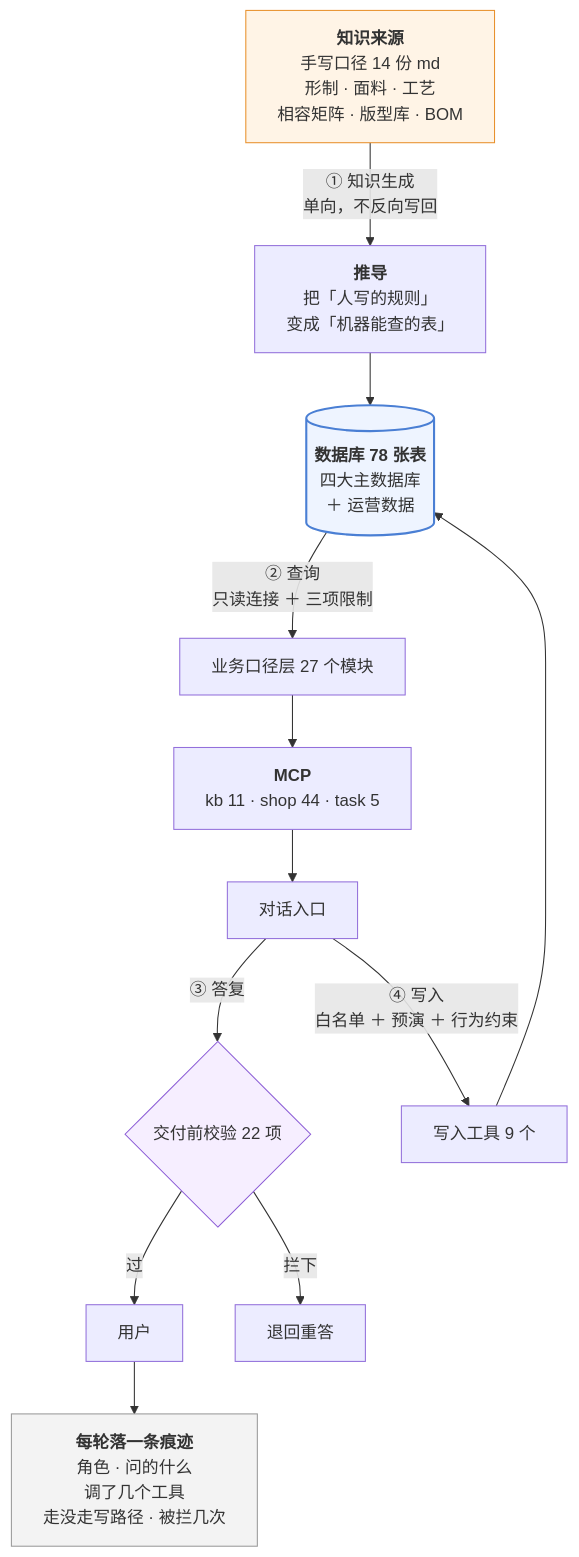
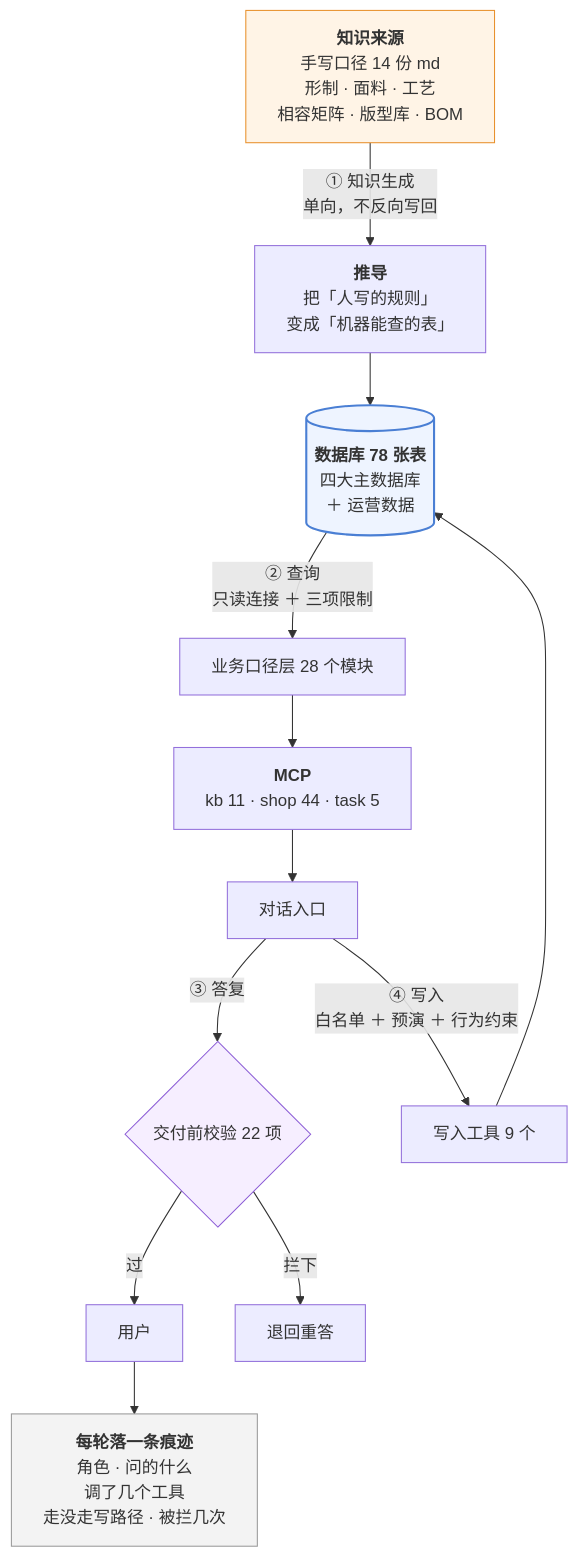
Before and after one commit to 843773296-rgb/lanxiu-yunshang-agent: the third of 4 diagrams in 澜绣云裳agent-产品需求文档.md, drawn with Mermaid. The commit also changed other lines of this file and 16 other files, not shown here.

````diff
--- a/澜绣云裳agent-产品需求文档.md
+++ b/澜绣云裳agent-产品需求文档.md
@@ -377,24 +378,24 @@
 ```mermaid
 flowchart TD
     MD["<b>知识来源</b><br/>手写口径 14 份 md<br/>形制 · 面料 · 工艺<br/>相容矩阵 · 版型库 · BOM"]
     MD -->|"① 知识生成<br/>单向，不反向写回"| DV["<b>推导</b><br/>把「人写的规则」<br/>变成「机器能查的表」"]
     DV --> DB[("<b>数据库 78 张表</b><br/>四大主数据库<br/>＋ 运营数据")]
 
-    DB -->|"② 查询<br/>只读连接 ＋ 三项限制"| KJ["业务口径层 27 个模块"]
+    DB -->|"② 查询<br/>只读连接 ＋ 三项限制"| KJ["业务口径层 28 个模块"]
     KJ --> MCP["<b>MCP</b><br/>kb 11 · shop 44 · task 5"]
     MCP --> LLM["对话入口"]
 
     LLM -->|"③ 答复"| GD{"交付前校验 22 项"}
     GD -- 过 --> U["用户"]
     GD -- 拦下 --> RE["退回重答"]
 
     LLM -->|"④ 写入<br/>白名单 ＋ 预演 ＋ 行为约束"| W["写入工具 9 个"]
     W --> DB
 
     U --> TR["<b>每轮落一条痕迹</b><br/>角色 · 问的什么<br/>调了几个工具<br/>走没走写路径 · 被拦几次"]
 
     style MD fill:#fff4e6,stroke:#e8912d
     style DB fill:#eef4ff,stroke:#4a7fd4,stroke-width:2px
     style GD fill:#f6eeff,stroke:#8b5cd6
     style TR fill:#f3f3f3,stroke:#999
 ```
````
